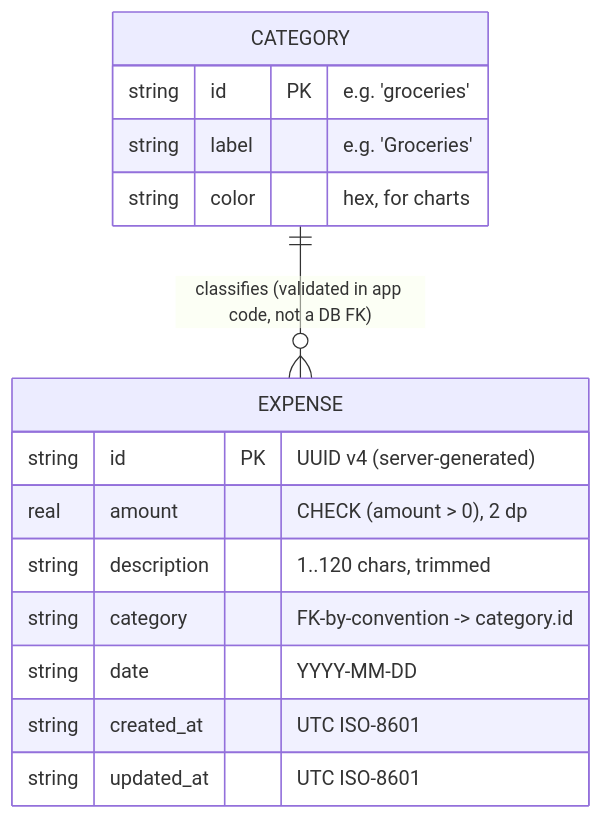
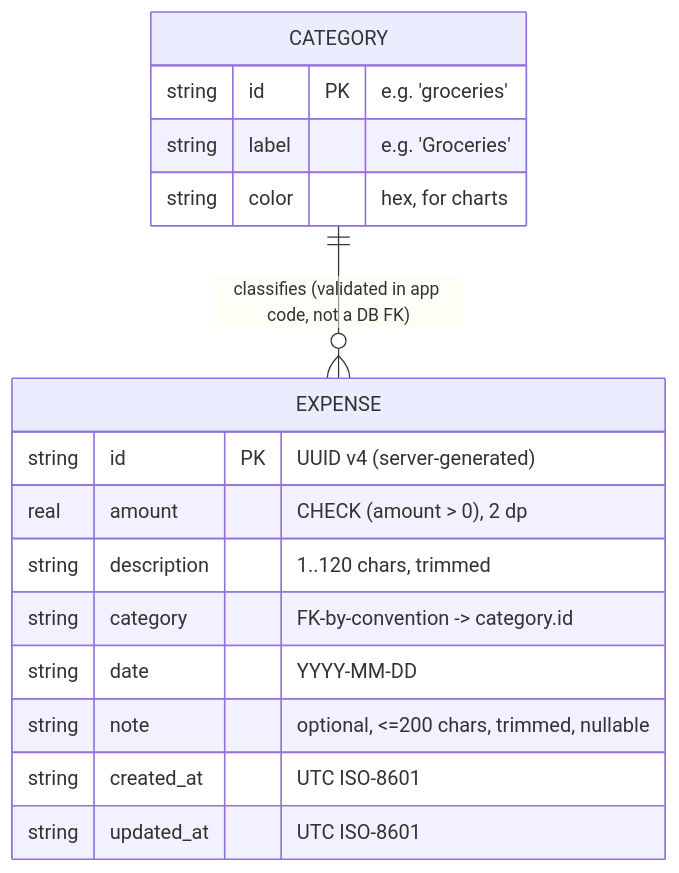
Before and after one commit to nitinkaushikgithub/budget-tracker: the fourth of 5 diagrams in docs/ARCHITECTURE.md, drawn with Mermaid. The commit also changed other lines of this file and 10 other files, not shown here.

````diff
--- a/docs/ARCHITECTURE.md
+++ b/docs/ARCHITECTURE.md
@@ -148,18 +148,19 @@
 ```mermaid
 erDiagram
     EXPENSE {
         string id PK "UUID v4 (server-generated)"
         real   amount "CHECK (amount > 0), 2 dp"
         string description "1..120 chars, trimmed"
         string category "FK-by-convention -> category.id"
         string date "YYYY-MM-DD"
+        string note "optional, <=200 chars, trimmed, nullable"
         string created_at "UTC ISO-8601"
         string updated_at "UTC ISO-8601"
     }
     CATEGORY {
         string id PK "e.g. 'groceries'"
         string label "e.g. 'Groceries'"
         string color "hex, for charts"
     }
     CATEGORY ||--o{ EXPENSE : "classifies (validated in app code, not a DB FK)"
 ```
````
